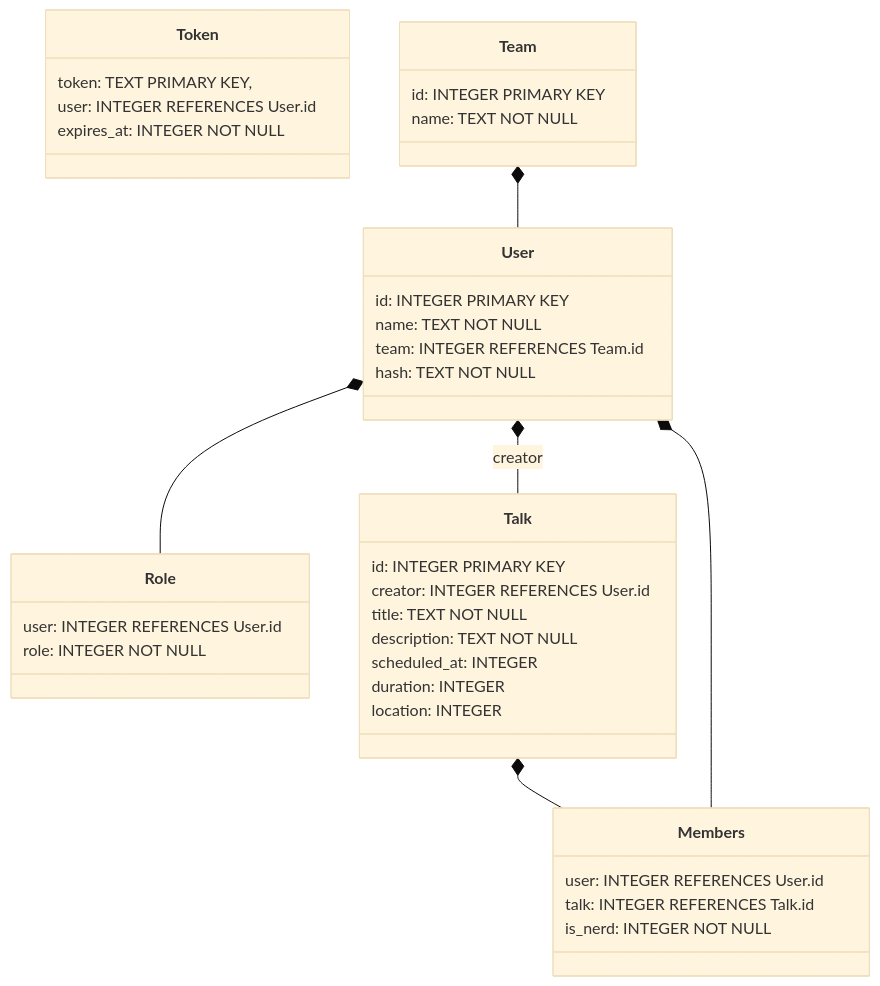
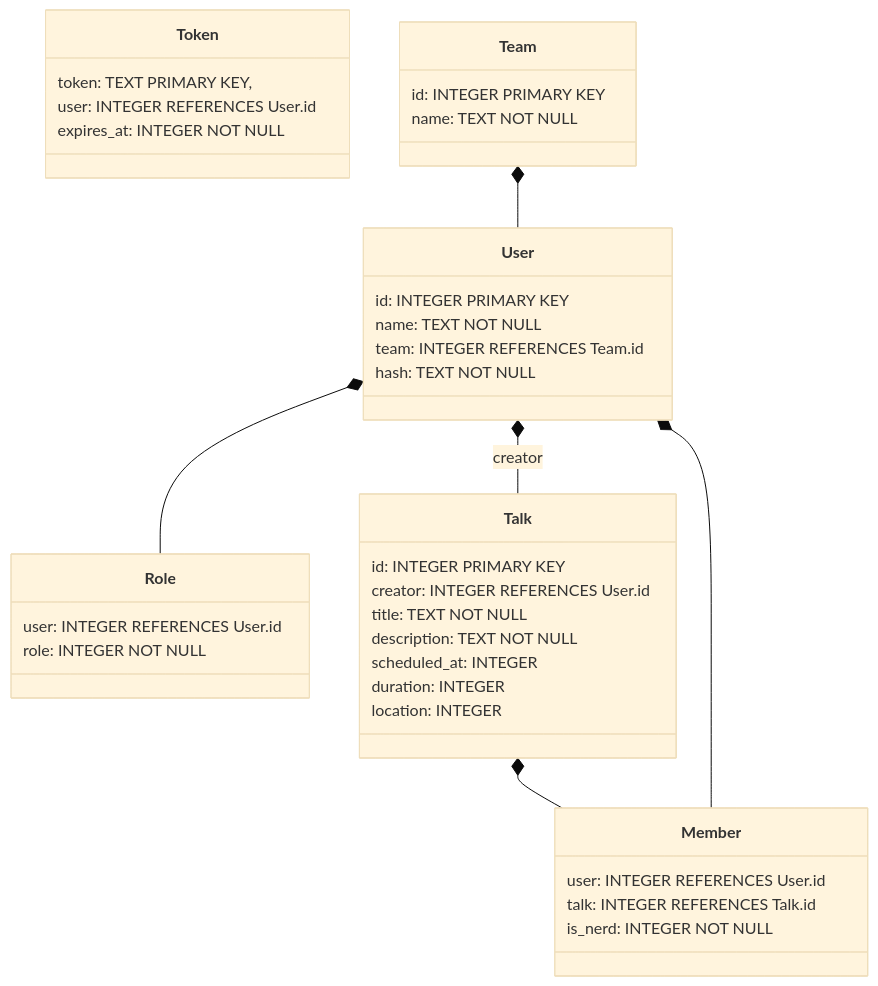
The diagram in README.md (HULKs/mopad), drawn with Mermaid (base theme) before and after one commit.

````diff
--- a/README.md
+++ b/README.md
@@ -113,41 +113,41 @@
 ```mermaid
 classDiagram
     class User {
         id: INTEGER PRIMARY KEY
         name: TEXT NOT NULL
         team: INTEGER REFERENCES Team.id
         hash: TEXT NOT NULL
     }
     class Role {
         user: INTEGER REFERENCES User.id
         role: INTEGER NOT NULL
     }
     class Token {
         token: TEXT PRIMARY KEY,
         user: INTEGER REFERENCES User.id
         expires_at: INTEGER NOT NULL
     }
     class Team {
         id: INTEGER PRIMARY KEY
         name: TEXT NOT NULL
     }
     class Talk {
         id: INTEGER PRIMARY KEY
         creator: INTEGER REFERENCES User.id
         title: TEXT NOT NULL
         description: TEXT NOT NULL
         scheduled_at: INTEGER
         duration: INTEGER
         location: INTEGER
     }
-    class Members {
+    class Member {
         user: INTEGER REFERENCES User.id
         talk: INTEGER REFERENCES Talk.id
         is_nerd: INTEGER NOT NULL
     }
     User *-- Role
     Team *-- User
     User *-- Talk: creator
-    Talk *-- Members
-    User *-- Members
+    Talk *-- Member
+    User *-- Member
 ```
````
